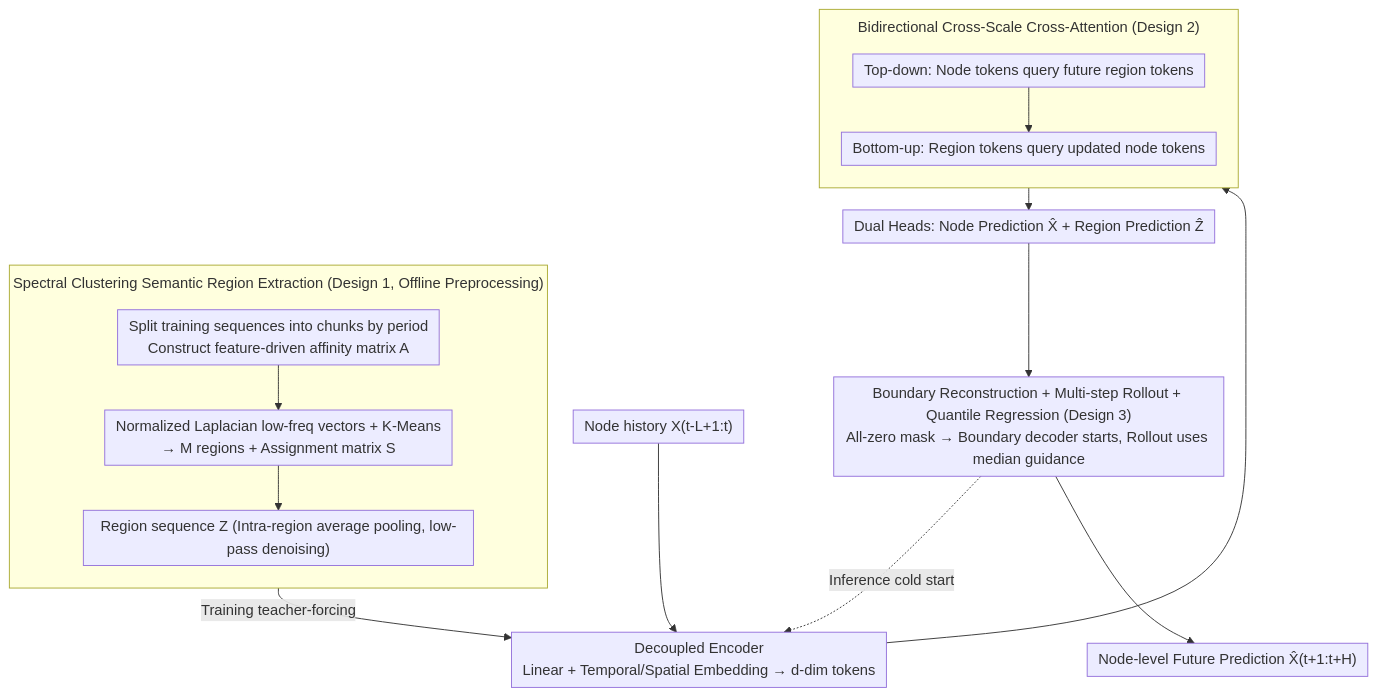
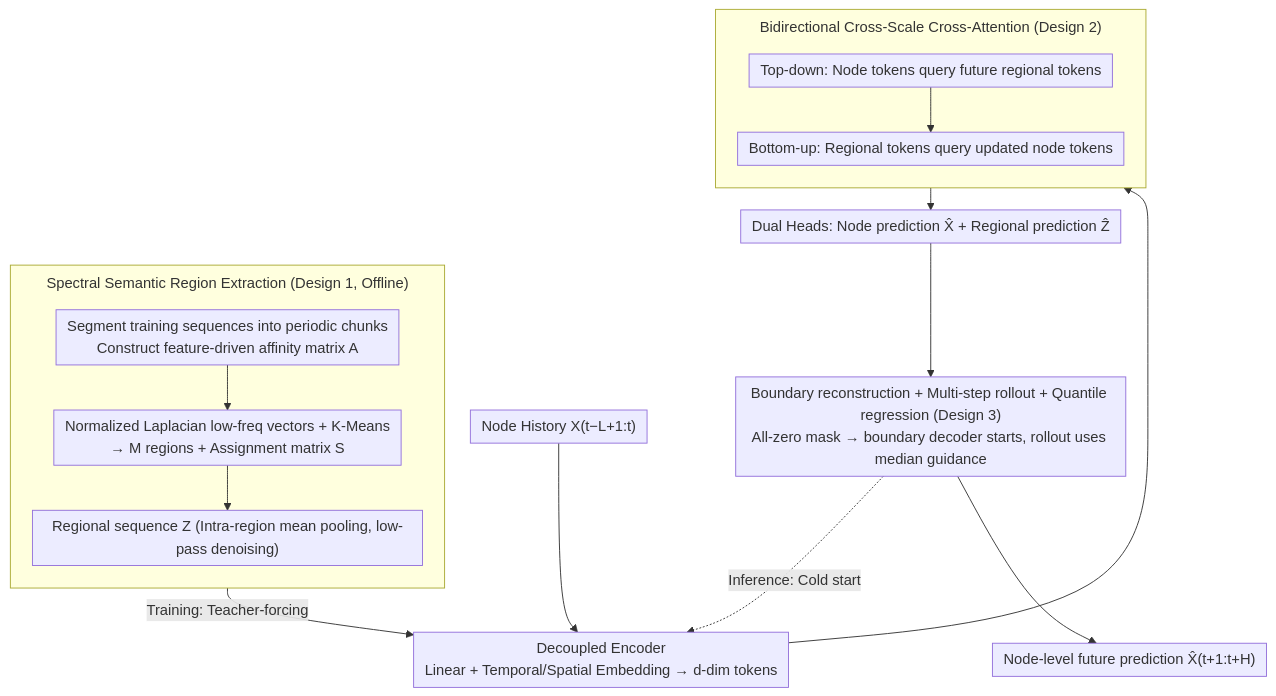
The diagram in docs/ICML2026/time_series/nested_spatio-temporal_time_series_forecasting.md (zhaoyang97/Paper-Notes-en), drawn with Mermaid before and after one commit. The commit also changed other lines of this file and 5084 other files, not shown here.

````diff
--- a/docs/ICML2026/time_series/nested_spatio-temporal_time_series_forecasting.md
+++ b/docs/ICML2026/time_series/nested_spatio-temporal_time_series_forecasting.md
@@ -45,20 +45,20 @@
 ```mermaid
 %%{init: {'flowchart': {'rankSpacing': 24, 'nodeSpacing': 28, 'padding': 6, 'wrappingWidth': 400, 'subGraphTitleMargin': {'top': 8, 'bottom': 16}}}}%%
 flowchart TD
-    subgraph REG["Spectral Clustering Semantic Region Extraction (Design 1, Offline Preprocessing)"]
+    subgraph REG["Spectral Semantic Region Extraction (Design 1, Offline)"]
         direction TB
-        A["Split training sequences into chunks by period<br/>Construct feature-driven affinity matrix A"] --> B["Normalized Laplacian low-freq vectors + K-Means<br/>→ M regions + Assignment matrix S"]
-        B --> C["Region sequence Z (Intra-region average pooling, low-pass denoising)"]
+        A["Segment training sequences into periodic chunks<br/>Construct feature-driven affinity matrix A"] --> B["Normalized Laplacian low-freq vectors + K-Means<br/>→ M regions + Assignment matrix S"]
+        B --> C["Regional sequence Z (Intra-region mean pooling, low-pass denoising)"]
     end
-    X0["Node history X(t-L+1:t)"] --> ENC["Decoupled Encoder<br/>Linear + Temporal/Spatial Embedding → d-dim tokens"]
-    C -->|Training teacher-forcing| ENC
-    BD -.->|Inference cold start| ENC
+    X0["Node History X(t−L+1:t)"] --> ENC["Decoupled Encoder<br/>Linear + Temporal/Spatial Embedding → d-dim tokens"]
+    C -->|Training: Teacher-forcing| ENC
+    BD -.->|Inference: Cold start| ENC
     ENC --> CA
     subgraph CA["Bidirectional Cross-Scale Cross-Attention (Design 2)"]
         direction TB
-        TDg["Top-down: Node tokens query future region tokens"] --> BUg["Bottom-up: Region tokens query updated node tokens"]
+        TDg["Top-down: Node tokens query future regional tokens"] --> BUg["Bottom-up: Regional tokens query updated node tokens"]
     end
-    CA --> HEAD["Dual Heads: Node Prediction X̂ + Region Prediction Ẑ"]
-    HEAD --> BD["Boundary Reconstruction + Multi-step Rollout + Quantile Regression (Design 3)<br/>All-zero mask → Boundary decoder starts, Rollout uses median guidance"]
-    BD --> OUT["Node-level Future Prediction X̂(t+1:t+H)"]
+    CA --> HEAD["Dual Heads: Node prediction X̂ + Regional prediction Ẑ"]
+    HEAD --> BD["Boundary reconstruction + Multi-step rollout + Quantile regression (Design 3)<br/>All-zero mask → boundary decoder starts, rollout uses median guidance"]
+    BD --> OUT["Node-level future prediction X̂(t+1:t+H)"]
 ```
````
